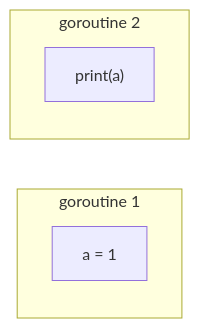
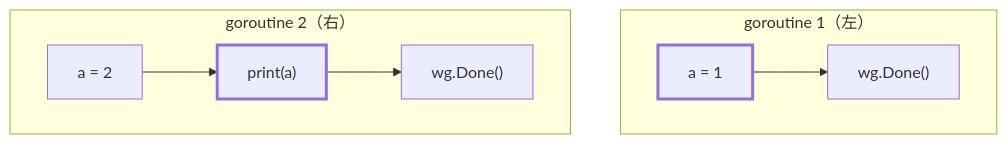
The seventh of 8 diagrams in books/go-memory-model/3.happens-before-relation.md (nobishino/zenn), drawn with Mermaid before and after one commit. The commit also changed other lines of this file, not shown here.

Commit message:
並行の例をgoroutine全体を抜き出す図に変更
単一ノードだけの抜き出しだと全体図との関連が分かりにくいため、goroutine 1・goroutine 2それぞれの内部の矢印まで含めて抜き出し、着目する[a = 1]と[print(a)]は太枠で強調した。

````diff
--- a/books/go-memory-model/3.happens-before-relation.md
+++ b/books/go-memory-model/3.happens-before-relation.md
@@ -192,9 +192,11 @@
 ```mermaid
-graph LR
-    subgraph G1["goroutine 1"]
-        A1b["a = 1"]
+graph TD
+    subgraph G1["goroutine 1（左）"]
+        A1b["a = 1"] --> D1b["wg.Done()"]
     end
-    subgraph G2["goroutine 2"]
-        PR["print(a)"]
+    subgraph G2["goroutine 2（右）"]
+        A2b["a = 2"] --> PR["print(a)"] --> D2b["wg.Done()"]
     end
+    classDef focus stroke-width:3px
+    class A1b,PR focus
 ```
````
